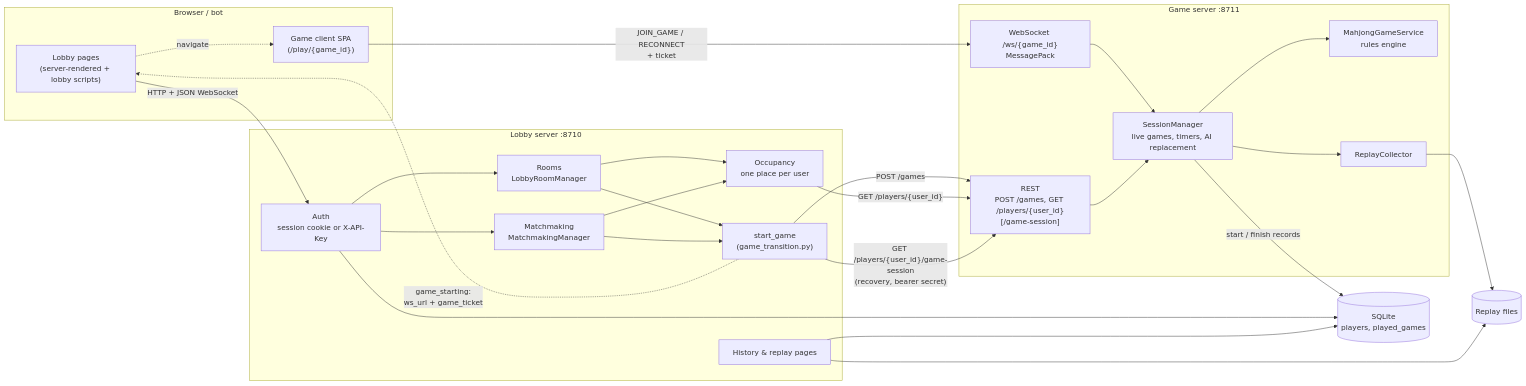
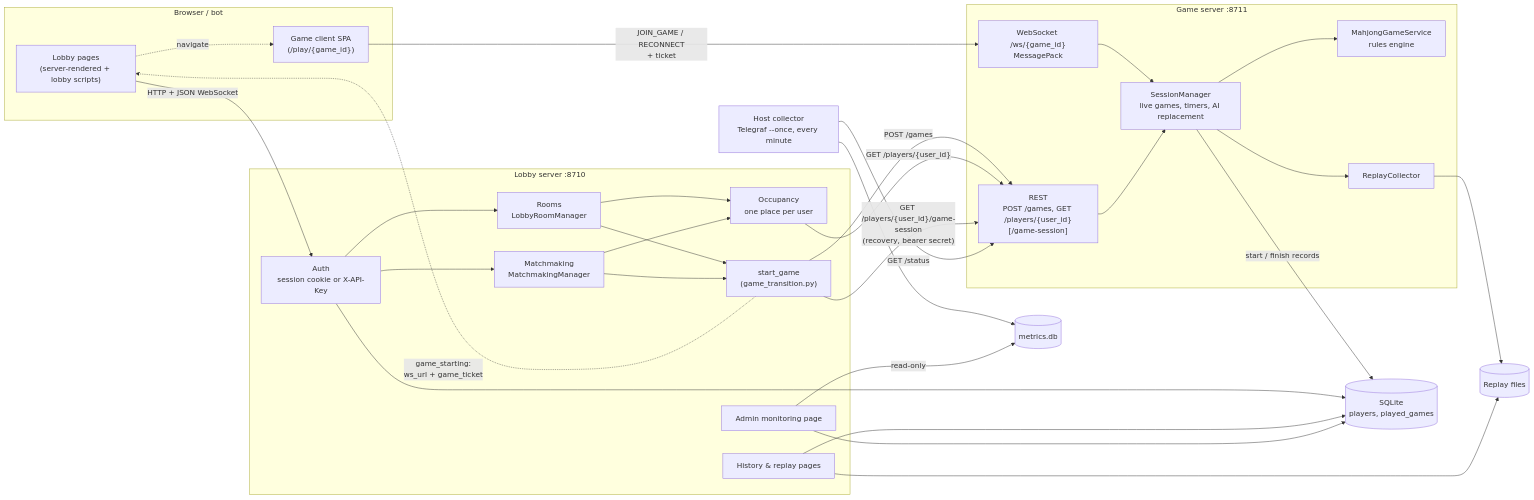
One commit to MahjongRepository/ronin changed the first of 8 diagrams in docs/architecture.md. Above: the diagram before and after it, drawn with Mermaid. The commit also changed other lines of this file and 29 other files, not shown here.

First line of the commit message:
feat: read metrics.db on the monitoring page and draw gauge charts

````diff
--- a/docs/architecture.md
+++ b/docs/architecture.md
@@ -13,45 +13,52 @@
 ```mermaid
 flowchart LR
     subgraph Client["Browser / bot"]
         LobbyPages["Lobby pages<br/>(server-rendered + lobby scripts)"]
         GameClient["Game client SPA<br/>(/play/{game_id})"]
     end
 
     subgraph Lobby["Lobby server :8710"]
         Auth["Auth<br/>session cookie or X-API-Key"]
         Rooms["Rooms<br/>LobbyRoomManager"]
         MM["Matchmaking<br/>MatchmakingManager"]
         Occ["Occupancy<br/>one place per user"]
         Start["start_game<br/>(game_transition.py)"]
         History["History & replay pages"]
+        Monitoring["Admin monitoring page"]
     end
 
     subgraph Game["Game server :8711"]
         REST["REST<br/>POST /games, GET /players/{user_id}[/game-session]"]
         WS["WebSocket /ws/{game_id}<br/>MessagePack"]
         SM["SessionManager<br/>live games, timers, AI replacement"]
         Engine["MahjongGameService<br/>rules engine"]
         Replay["ReplayCollector"]
     end
 
     DB[("SQLite<br/>players, played_games")]
     Files[("Replay files")]
+    Collector["Host collector<br/>Telegraf --once, every minute"]
+    Metrics[("metrics.db")]
 
     LobbyPages -- "HTTP + JSON WebSocket" --> Auth
     Auth --> Rooms & MM
     Rooms & MM --> Occ
     Rooms & MM --> Start
     Start -- "POST /games" --> REST
     Occ -- "GET /players/{user_id}" --> REST
     Start -- "GET /players/{user_id}/game-session<br/>(recovery, bearer secret)" --> REST
     Start -. "game_starting:<br/>ws_url + game_ticket" .-> LobbyPages
     LobbyPages -. "navigate" .-> GameClient
     GameClient -- "JOIN_GAME / RECONNECT<br/>+ ticket" --> WS
     WS --> SM --> Engine
     SM --> Replay --> Files
     REST --> SM
     Auth --> DB
     History --> DB
     History --> Files
     SM -- "start / finish records" --> DB
+    Collector -- "GET /status" --> REST
+    Collector --> Metrics
+    Monitoring -- "read-only" --> Metrics
+    Monitoring --> DB
 ```
````
